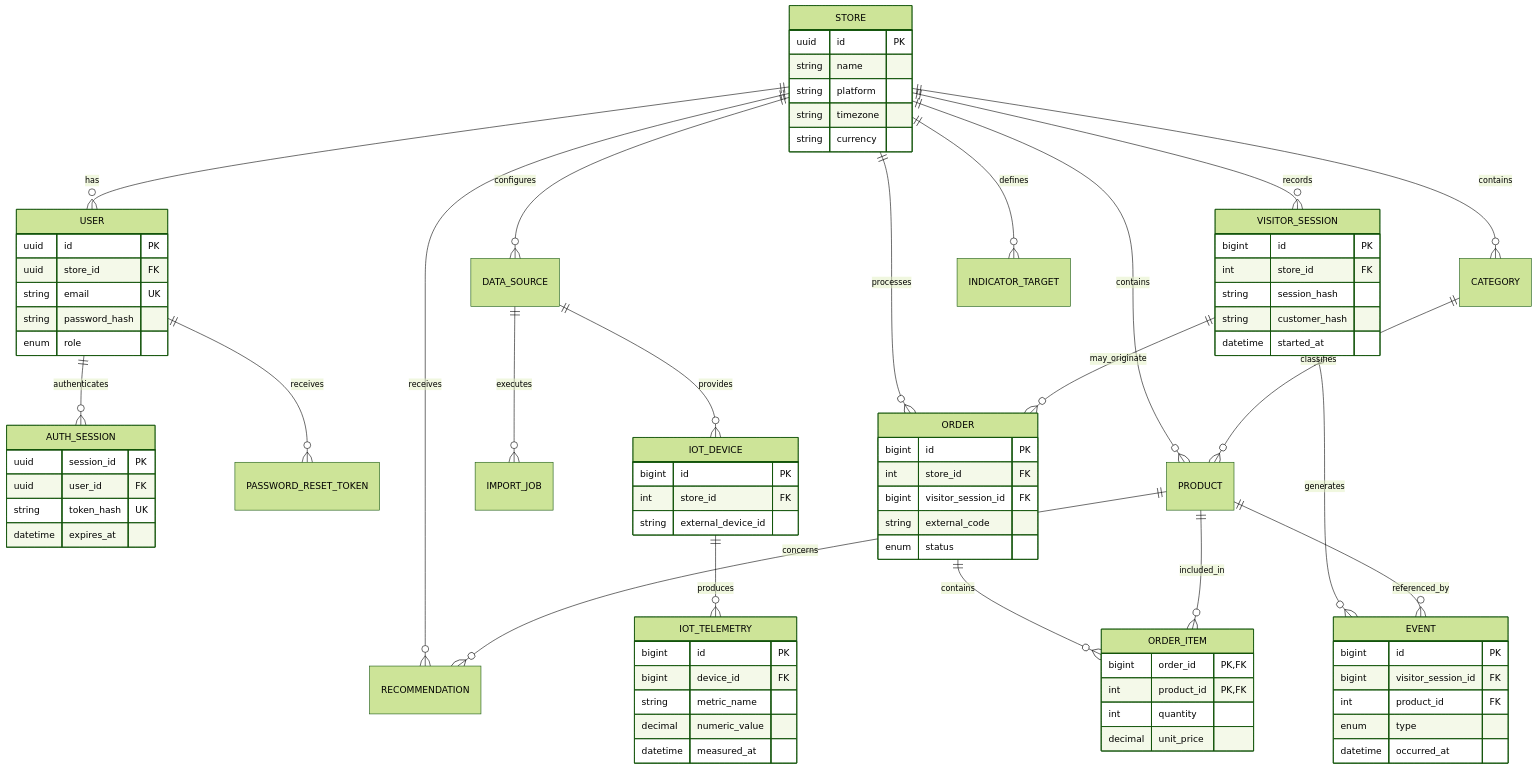
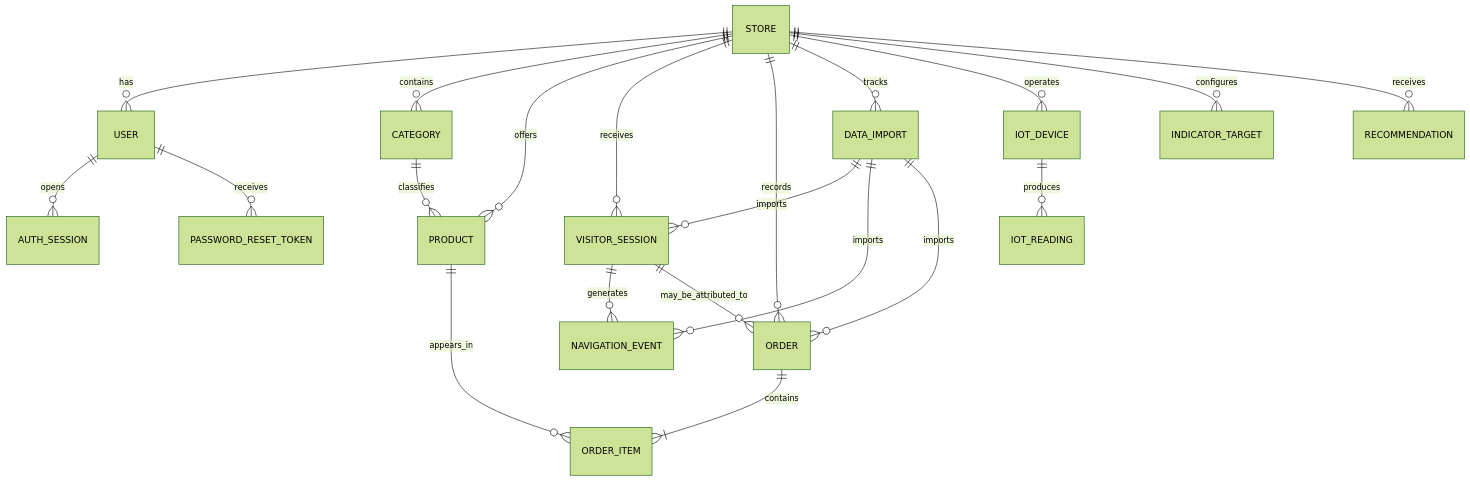
Before and after one commit to RomanoBoldrin/ecommerce-intelligence: the diagram in docs/DATA_MODEL.md, drawn with Mermaid (forest theme). The commit also changed other lines of this file and 6 other files, not shown here.

````diff
--- a/docs/DATA_MODEL.md
+++ b/docs/DATA_MODEL.md
@@ -415,97 +22,30 @@
 ```mermaid
 erDiagram
     STORE ||--o{ USER : has
-    USER ||--o{ AUTH_SESSION : authenticates
+    STORE ||--o{ CATEGORY : contains
+    STORE ||--o{ PRODUCT : offers
+    STORE ||--o{ VISITOR_SESSION : receives
+    STORE ||--o{ ORDER : records
+    STORE ||--o{ DATA_IMPORT : tracks
+    STORE ||--o{ IOT_DEVICE : operates
+
+    USER ||--o{ AUTH_SESSION : opens
     USER ||--o{ PASSWORD_RESET_TOKEN : receives
 
-    STORE ||--o{ CATEGORY : contains
-    STORE ||--o{ PRODUCT : contains
     CATEGORY ||--o{ PRODUCT : classifies
 
-    STORE ||--o{ DATA_SOURCE : configures
-    DATA_SOURCE ||--o{ IMPORT_JOB : executes
+    DATA_IMPORT ||--o{ VISITOR_SESSION : imports
+    DATA_IMPORT ||--o{ NAVIGATION_EVENT : imports
+    DATA_IMPORT ||--o{ ORDER : imports
 
-    STORE ||--o{ VISITOR_SESSION : records
-    VISITOR_SESSION ||--o{ EVENT : generates
-    PRODUCT ||--o{ EVENT : referenced_by
+    VISITOR_SESSION ||--o{ NAVIGATION_EVENT : generates
+    VISITOR_SESSION ||--o{ ORDER : may_be_attributed_to
 
-    STORE ||--o{ ORDER : processes
-    VISITOR_SESSION ||--o{ ORDER : may_originate
-    ORDER ||--o{ ORDER_ITEM : contains
-    PRODUCT ||--o{ ORDER_ITEM : included_in
+    ORDER ||--|{ ORDER_ITEM : contains
+    PRODUCT ||--o{ ORDER_ITEM : appears_in
 
-    DATA_SOURCE ||--o{ IOT_DEVICE : provides
-    IOT_DEVICE ||--o{ IOT_TELEMETRY : produces
+    IOT_DEVICE ||--o{ IOT_READING : produces
 
+    STORE ||--o{ INDICATOR_TARGET : configures
     STORE ||--o{ RECOMMENDATION : receives
-    PRODUCT ||--o{ RECOMMENDATION : concerns
-    STORE ||--o{ INDICATOR_TARGET : defines
-
-    STORE {
-        uuid id PK
-        string name
-        string platform
-        string timezone
-        string currency
-    }
-
-    USER {
-        uuid id PK
-        uuid store_id FK
-        string email UK
-        string password_hash
-        enum role
-    }
-
-    AUTH_SESSION {
-        uuid session_id PK
-        uuid user_id FK
-        string token_hash UK
-        datetime expires_at
-    }
-
-    VISITOR_SESSION {
-        bigint id PK
-        int store_id FK
-        string session_hash
-        string customer_hash
-        datetime started_at
-    }
-
-    EVENT {
-        bigint id PK
-        bigint visitor_session_id FK
-        int product_id FK
-        enum type
-        datetime occurred_at
-    }
-
-    ORDER {
-        bigint id PK
-        int store_id FK
-        bigint visitor_session_id FK
-        string external_code
-        enum status
-    }
-
-    ORDER_ITEM {
-        bigint order_id PK,FK
-        int product_id PK,FK
-        int quantity
-        decimal unit_price
-    }
-
-    IOT_DEVICE {
-        bigint id PK
-        int store_id FK
-        string external_device_id
-    }
-
-    IOT_TELEMETRY {
-        bigint id PK
-        bigint device_id FK
-        string metric_name
-        decimal numeric_value
-        datetime measured_at
-    }
 ```
````
